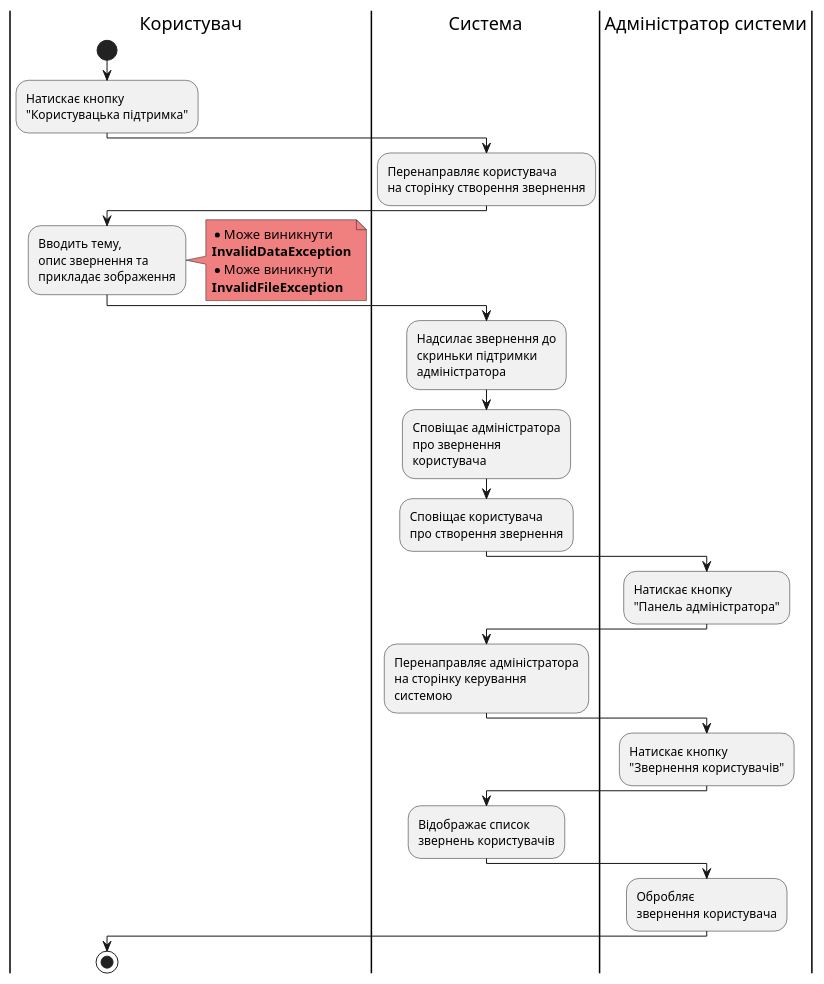
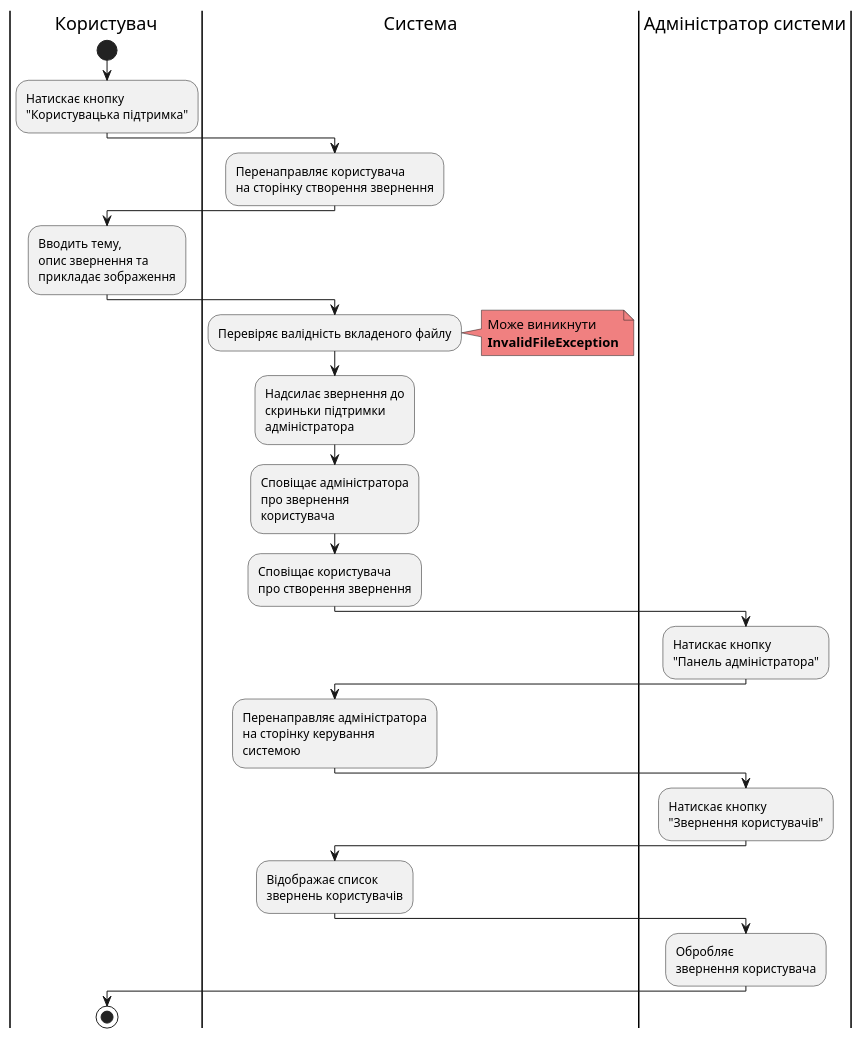
Before and after one commit to samoilenkomariia/db-coursework: diagram 23 of 23 in docs/use cases/README.md, drawn with PlantUML.

```diff
--- a/docs/use cases/README.md
+++ b/docs/use cases/README.md
@@ -989,33 +989,32 @@
 @startuml
     
       |Користувач|
       start
       :Натискає кнопку\n"Користувацька підтримка";
       |Система|
       :Перенаправляє користувача\nна сторінку створення звернення;
       |Користувач|
       :Вводить тему,\nопис звернення та\nприкладає зображення;
-      note right #lightcoral
-        * Може виникнути
-        <b>InvalidDataException</b>
-        * Може виникнути
+      |Система|
+      :Перевіряє валідність вкладеного файлу;
+            note right #lightcoral
+        Може виникнути
         <b>InvalidFileException</b>
       end note
-      |Система|
       :Надсилає звернення до\nскриньки підтримки\nадміністратора;
       :Сповіщає адміністратора\nпро звернення\nкористувача;
       :Сповіщає користувача\nпро створення звернення;
       |Адміністратор системи|
       :Натискає кнопку\n"Панель адміністратора";
       |Система|
       :Перенаправляє адміністратора\nна сторінку керування\nсистемою;
       |Адміністратор системи|
       :Натискає кнопку\n"Звернення користувачів";
       |Система|
       :Відображає список\nзвернень користувачів;
       |Адміністратор системи|
       :Обробляє\nзвернення користувача;
       |Користувач|
       stop
 
 @enduml
```
